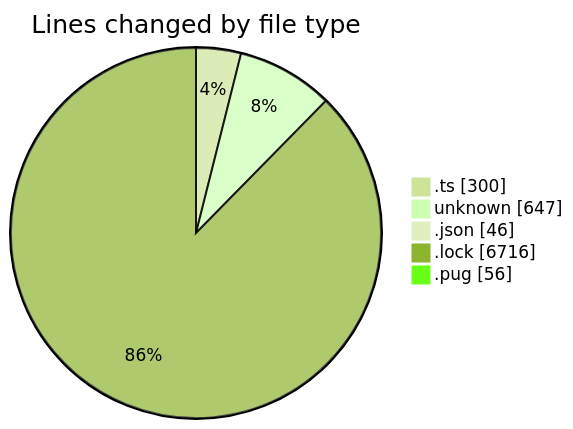
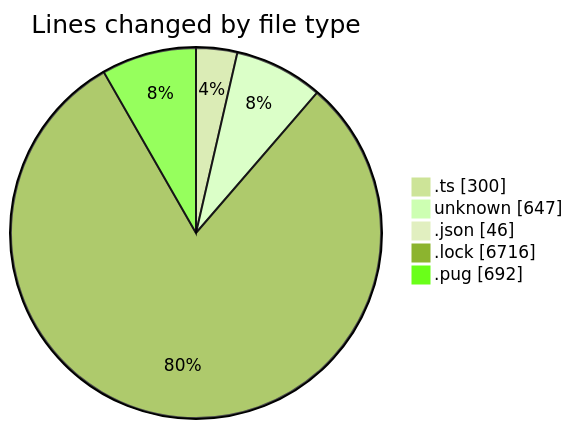
The first of 2 diagrams in 2026-05-22/cda/README.md (momahboobian/code-tracking), drawn with Mermaid (forest theme) before and after one commit. The commit also changed other lines of this file and 1 other file, not shown here.

````diff
--- a/2026-05-22/cda/README.md
+++ b/2026-05-22/cda/README.md
@@ -28,9 +28,9 @@
 ```mermaid
 pie showData
 title Lines changed by file type
 ".ts" : 300
 "unknown" : 647
 ".json" : 46
 ".lock" : 6716
-".pug" : 56
+".pug" : 692
 ```
````
